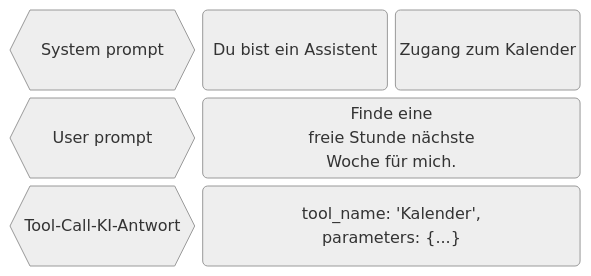
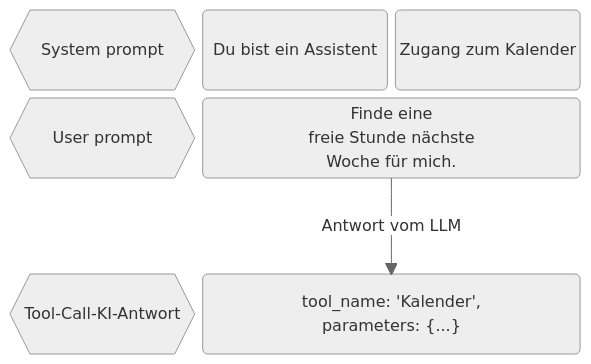
One commit to FausztBenedek/fcb-presentation-ki-workflow changed the seventh of 11 diagrams in slides.md. Above: the diagram before and after it, drawn with Mermaid (neutral theme). The commit also changed other lines of this file and 1 other file, not shown here.

````diff
--- a/slides.md
+++ b/slides.md
@@ -604,14 +635,18 @@
 ```mermaid
 block
   columns 3
   label_system_prompt{{"System prompt"}}
 
   system_prompt("Du bist ein Assistent")
   tools("Zugang zum Kalender")
 
   label_user_prompt{{"User prompt"}}
   user_prompt("Finde eine\nfreie Stunde nächste\nWoche für mich."):2
 
+  space:3
+
   label_tool_call_request{{"Tool-Call-KI-Antwort"}}
   tool_call_request("tool_name: 'Kalender',\nparameters: {...}"):2
+
+  user_prompt -- "Antwort vom LLM" --> tool_call_request
 ```
````
